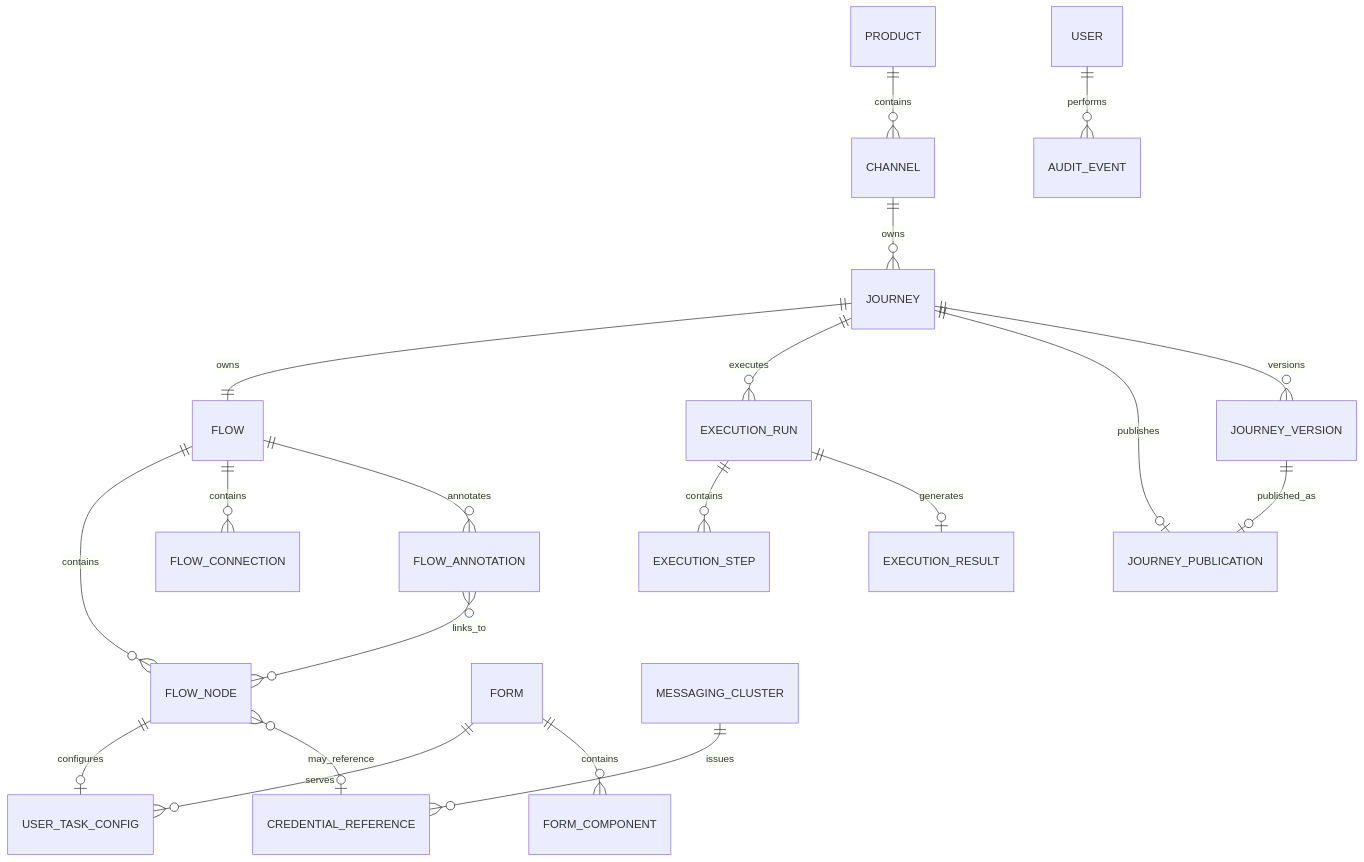
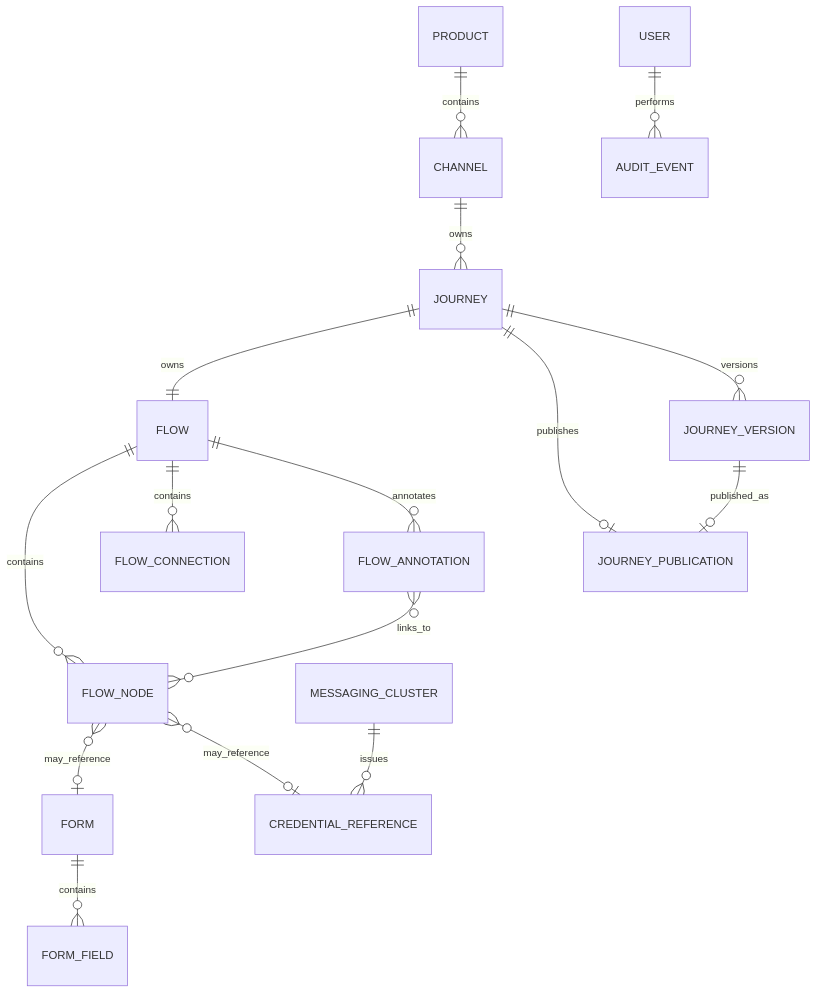
The third of 3 diagrams in requisitos/admin/ej-admin-modelo-dados-conceitual.md (hermesnet-git/journey-admin), drawn with Mermaid before and after one commit. The commit also changed other lines of this file and 5 other files, not shown here.

````diff
--- a/requisitos/admin/ej-admin-modelo-dados-conceitual.md
+++ b/requisitos/admin/ej-admin-modelo-dados-conceitual.md
@@ -411,27 +381,22 @@
 ```mermaid
 erDiagram
     PRODUCT ||--o{ CHANNEL : contains
     CHANNEL ||--o{ JOURNEY : owns
 
     JOURNEY ||--|| FLOW : owns
     FLOW ||--o{ FLOW_NODE : contains
     FLOW ||--o{ FLOW_CONNECTION : contains
     FLOW ||--o{ FLOW_ANNOTATION : annotates
     FLOW_ANNOTATION }o--o{ FLOW_NODE : links_to
 
-    FLOW_NODE ||--o| USER_TASK_CONFIG : configures
-    FORM ||--o{ USER_TASK_CONFIG : serves
-    FORM ||--o{ FORM_COMPONENT : contains
-
-    JOURNEY ||--o{ EXECUTION_RUN : executes
-    EXECUTION_RUN ||--o{ EXECUTION_STEP : contains
-    EXECUTION_RUN ||--o| EXECUTION_RESULT : generates
+    FLOW_NODE }o--o| FORM : may_reference
+    FORM ||--o{ FORM_FIELD : contains
 
     JOURNEY ||--o| JOURNEY_PUBLICATION : publishes
     JOURNEY ||--o{ JOURNEY_VERSION : versions
     JOURNEY_VERSION ||--o| JOURNEY_PUBLICATION : published_as
     USER ||--o{ AUDIT_EVENT : performs
 
     MESSAGING_CLUSTER ||--o{ CREDENTIAL_REFERENCE : issues
     FLOW_NODE }o--o| CREDENTIAL_REFERENCE : may_reference
 ```
````
